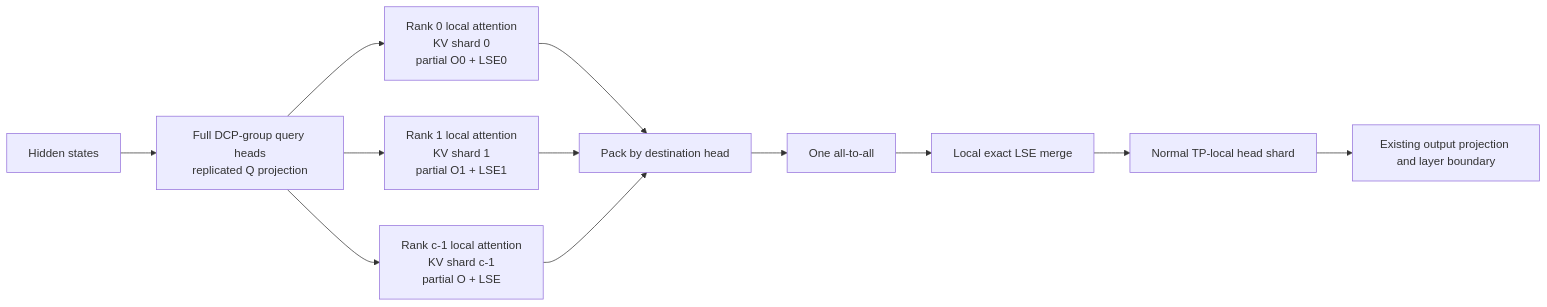
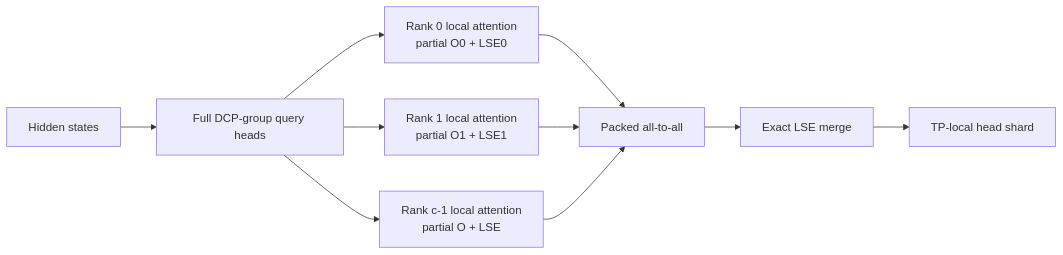
The second of 2 diagrams in docs/docs/advanced_features/dcp.mdx (sgl-project/sglang), drawn with Mermaid before and after one commit. The commit also changed other lines of this file, not shown here.

First line of the commit message:
[Docs] Trim the DCP advanced-features page to operator-facing content

````diff
--- a/docs/docs/advanced_features/dcp.mdx
+++ b/docs/docs/advanced_features/dcp.mdx
@@ -155,16 +108,14 @@
 ```mermaid
 flowchart LR
-    H["Hidden states"] --> Q["Full DCP-group query heads<br/>replicated Q projection"]
+    H["Hidden states"] --> Q["Full DCP-group query heads"]
 
-    Q --> A0["Rank 0 local attention<br/>KV shard 0<br/>partial O0 + LSE0"]
-    Q --> A1["Rank 1 local attention<br/>KV shard 1<br/>partial O1 + LSE1"]
-    Q --> AN["Rank c-1 local attention<br/>KV shard c-1<br/>partial O + LSE"]
+    Q --> A0["Rank 0 local attention<br/>partial O0 + LSE0"]
+    Q --> A1["Rank 1 local attention<br/>partial O1 + LSE1"]
+    Q --> AN["Rank c-1 local attention<br/>partial O + LSE"]
 
-    A0 --> PACK["Pack by destination head"]
-    A1 --> PACK
-    AN --> PACK
-    PACK --> A2A["One all-to-all"]
-    A2A --> MERGE["Local exact LSE merge"]
-    MERGE --> OUT["Normal TP-local head shard"]
-    OUT --> PROJ["Existing output projection and layer boundary"]
+    A0 --> A2A["Packed all-to-all"]
+    A1 --> A2A
+    AN --> A2A
+    A2A --> MERGE["Exact LSE merge"]
+    MERGE --> OUT["TP-local head shard"]
 ```
````
